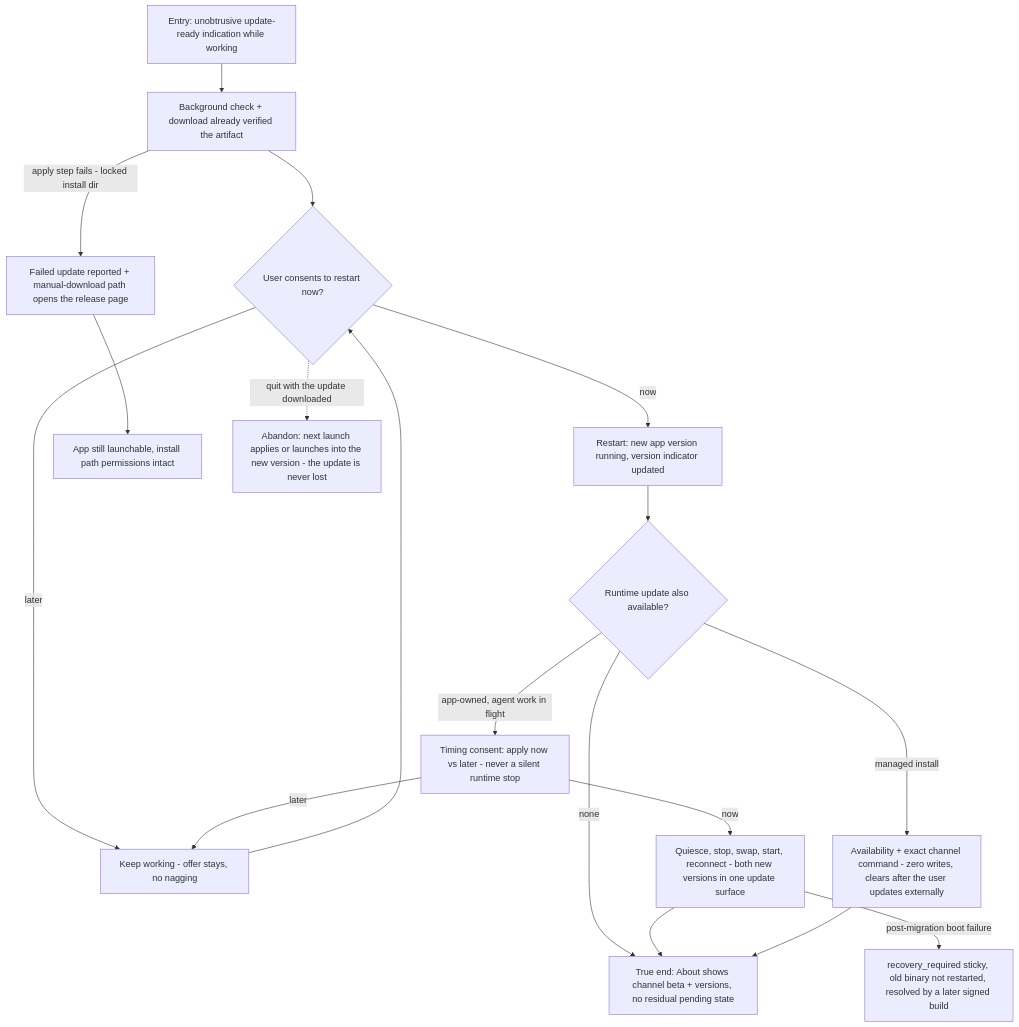
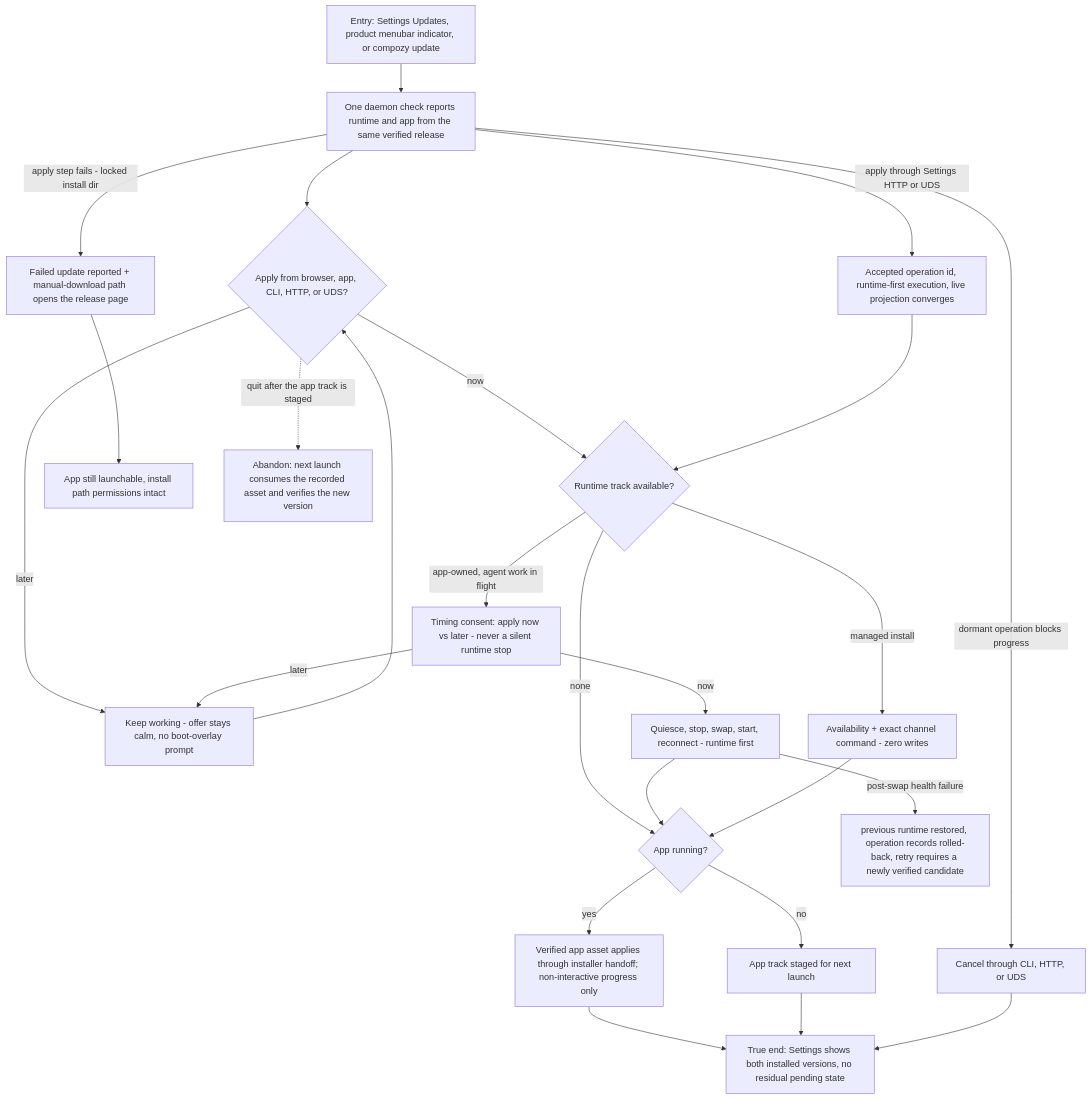
Before and after one commit to compozy/compozy: the diagram in docs/qa/journeys/J-desktop-update-moment.md, drawn with Mermaid. The commit also changed other lines of this file and 517 other files, not shown here.

````diff
--- a/docs/qa/journeys/J-desktop-update-moment.md
+++ b/docs/qa/journeys/J-desktop-update-moment.md
@@ -8,20 +9,27 @@
 ```mermaid
 flowchart TD
-    A[Entry: unobtrusive update-ready indication while working] --> B[Background check + download already verified the artifact]
-    B --> C{User consents to restart now?}
-    C -->|later| D[Keep working - offer stays, no nagging]
+    A[Entry: Settings Updates, product menubar indicator, or compozy update] --> B[One daemon check reports runtime and app from the same verified release]
+    B --> C{Apply from browser, app, CLI, HTTP, or UDS?}
+    C -->|later| D[Keep working - offer stays calm, no boot-overlay prompt]
     D --> C
-    C -->|now| E[Restart: new app version running, version indicator updated]
-    E --> F{Runtime update also available?}
+    C -->|now| F{Runtime track available?}
     F -->|app-owned, agent work in flight| G[Timing consent: apply now vs later - never a silent runtime stop]
-    G -->|now| H[Quiesce, stop, swap, start, reconnect - both new versions in one update surface]
+    G -->|now| H[Quiesce, stop, swap, start, reconnect - runtime first]
     G -->|later| D
-    F -->|managed install| I[Availability + exact channel command - zero writes, clears after the user updates externally]
-    F -->|none| J
-    H --> J[True end: About shows channel beta + versions, no residual pending state]
-    I --> J
-    B -->|apply step fails - locked install dir| K[Failed update reported + manual-download path opens the release page]
-    K --> L[App still launchable, install path permissions intact]
-    H -->|post-migration boot failure| M[recovery_required sticky, old binary not restarted, resolved by a later signed build]
-    C -.->|quit with the update downloaded| X1[Abandon: next launch applies or launches into the new version - the update is never lost]
+    F -->|managed install| I[Availability + exact channel command - zero writes]
+    F -->|none| K
+    H --> K{App running?}
+    I --> K
+    K -->|yes| E[Verified app asset applies through installer handoff; non-interactive progress only]
+    K -->|no| S[App track staged for next launch]
+    E --> J[True end: Settings shows both installed versions, no residual pending state]
+    S --> J
+    B -->|apply step fails - locked install dir| Y[Failed update reported + manual-download path opens the release page]
+    Y --> L[App still launchable, install path permissions intact]
+    H -->|post-swap health failure| M[previous runtime restored, operation records rolled-back, retry requires a newly verified candidate]
+    C -.->|quit after the app track is staged| X1[Abandon: next launch consumes the recorded asset and verifies the new version]
+    B -->|apply through Settings HTTP or UDS| O[Accepted operation id, runtime-first execution, live projection converges]
+    O --> F
+    B -->|dormant operation blocks progress| P[Cancel through CLI, HTTP, or UDS]
+    P --> J
 ```
````
